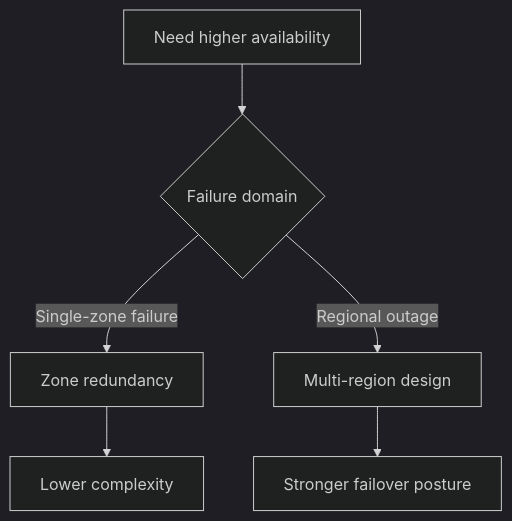
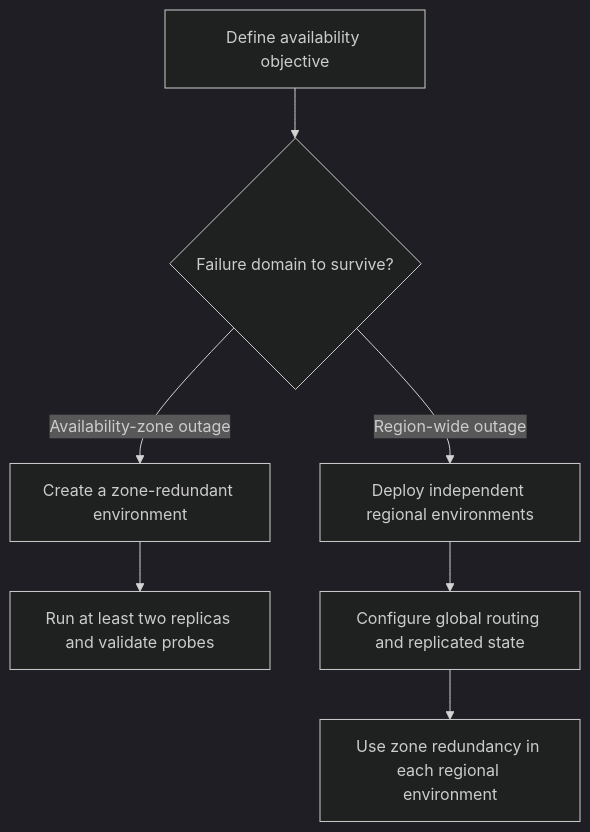
The first of 2 diagrams in docs/operations/disaster-recovery/zone-redundancy.md (yeongseon/azure-container-apps-practical-guide), drawn with Mermaid (dark theme) before and after one commit. The commit also changed other lines of this file and 13 other files, not shown here.

First line of the commit message:
docs(diagrams): migrate the Container Apps operations diagrams (#614)

````diff
--- a/docs/operations/disaster-recovery/zone-redundancy.md
+++ b/docs/operations/disaster-recovery/zone-redundancy.md
@@ -81,8 +82,17 @@
 ```mermaid
 flowchart TD
-    A[Need higher availability] --> B{Failure domain}
-    B -->|Single-zone failure| C[Zone redundancy]
-    B -->|Regional outage| D[Multi-region design]
-    C --> E[Lower complexity]
-    D --> F[Stronger failover posture]
+    REQUIREMENT[Define availability objective]
+    FAILURE{Failure domain to survive?}
+    ZONE[Create a zone-redundant environment]
+    REPLICAS[Run at least two replicas and validate probes]
+    REGION[Deploy independent regional environments]
+    GLOBAL[Configure global routing and replicated state]
+    BOTH[Use zone redundancy in each regional environment]
+
+    REQUIREMENT --> FAILURE
+    FAILURE -->|Availability-zone outage| ZONE
+    ZONE --> REPLICAS
+    FAILURE -->|Region-wide outage| REGION
+    REGION --> GLOBAL
+    GLOBAL --> BOTH
 ```
````
